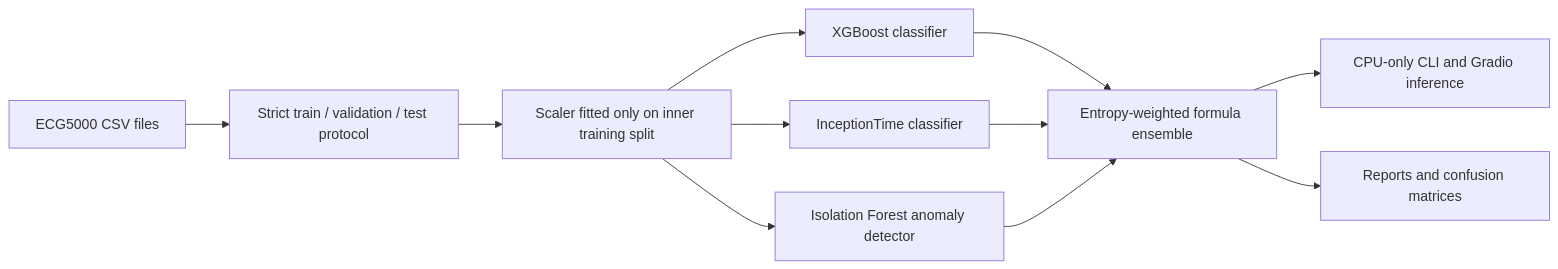
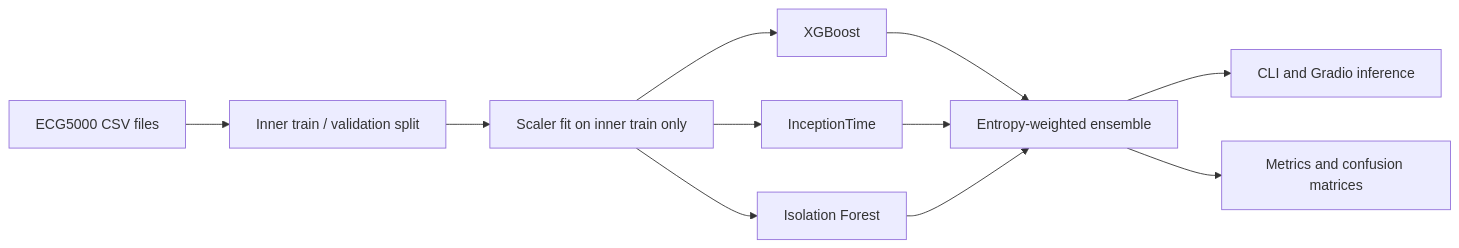
One commit to Ernestosant/Classification-of-cardiac-abnormalities changed the diagram in README.md. Above: the diagram before and after it, drawn with Mermaid. The commit also changed other lines of this file and 21 other files, not shown here.

````diff
--- a/README.md
+++ b/README.md
@@ -54,13 +70,13 @@
 ```mermaid
 flowchart LR
-    A["ECG5000 CSV files"] --> B["Strict train / validation / test protocol"]
-    B --> C["Scaler fitted only on inner training split"]
-    C --> D["XGBoost classifier"]
-    C --> E["InceptionTime classifier"]
-    C --> F["Isolation Forest anomaly detector"]
-    D --> G["Entropy-weighted formula ensemble"]
+    A["ECG5000 CSV files"] --> B["Inner train / validation split"]
+    B --> C["Scaler fit on inner train only"]
+    C --> D["XGBoost"]
+    C --> E["InceptionTime"]
+    C --> F["Isolation Forest"]
+    D --> G["Entropy-weighted ensemble"]
     E --> G
     F --> G
-    G --> H["CPU-only CLI and Gradio inference"]
-    G --> I["Reports and confusion matrices"]
+    G --> H["CLI and Gradio inference"]
+    G --> I["Metrics and confusion matrices"]
 ```
````
